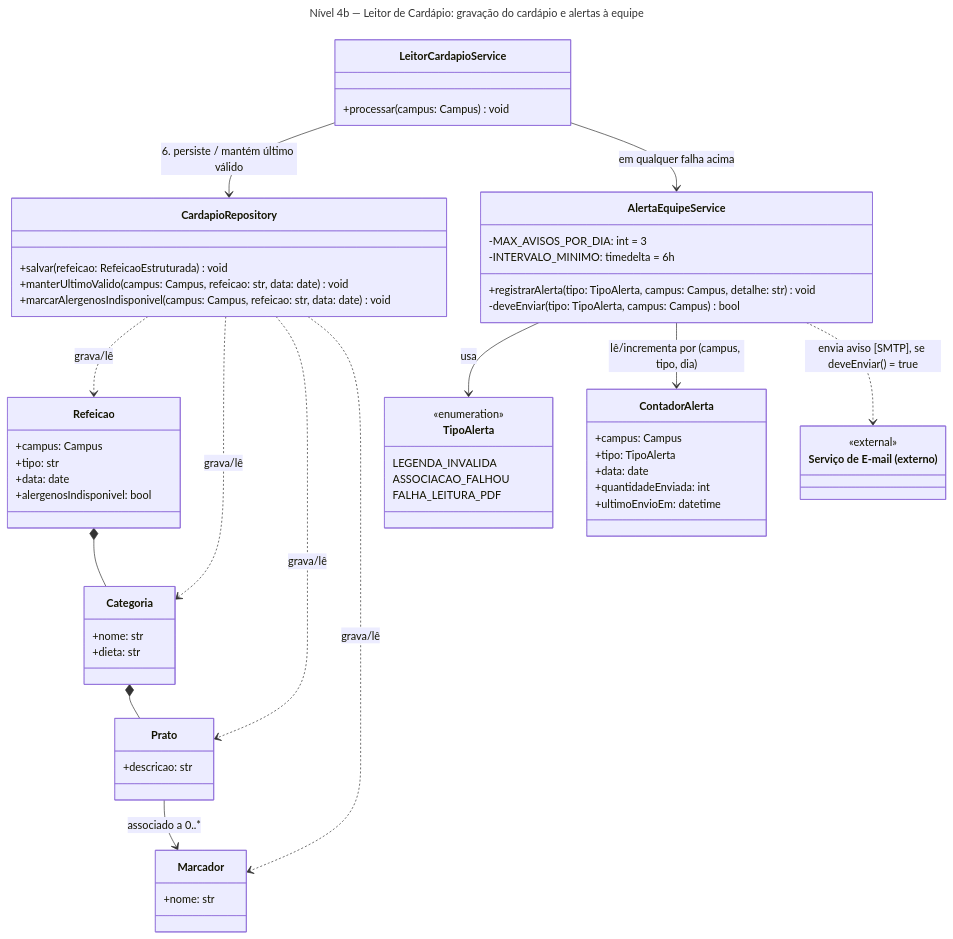
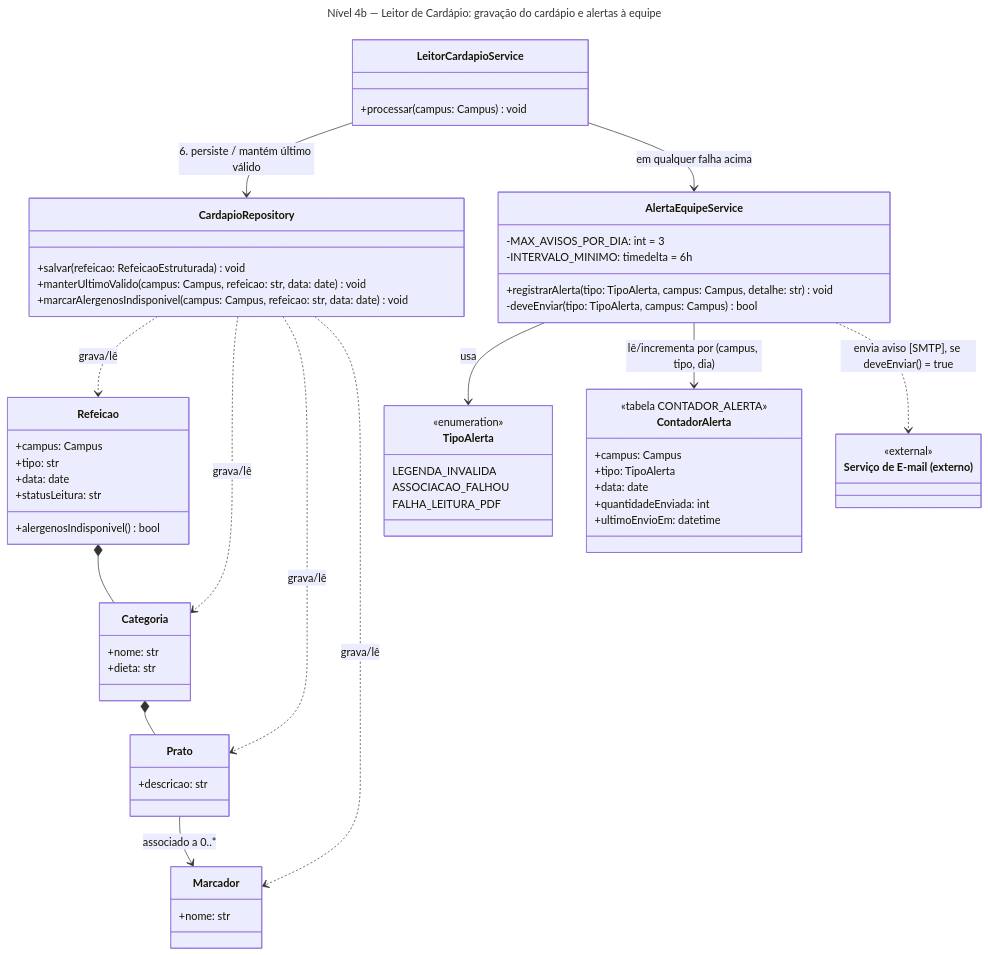
The second of 2 diagrams in docs/arquitetura/backend/c4-nivel-4-leitor-cardapio.md (unb-mds/2026-2-Bandejao-UnB), drawn with Mermaid before and after one commit. The commit also changed other lines of this file and 8 other files, not shown here.

````diff
--- a/docs/arquitetura/backend/c4-nivel-4-leitor-cardapio.md
+++ b/docs/arquitetura/backend/c4-nivel-4-leitor-cardapio.md
@@ -132,65 +132,67 @@
 ```mermaid
 ---
 title: "Nível 4b — Leitor de Cardápio: gravação do cardápio e alertas à equipe"
 ---
 classDiagram
   class LeitorCardapioService {
     +processar(campus: Campus) void
   }
   class CardapioRepository {
     +salvar(refeicao: RefeicaoEstruturada) void
     +manterUltimoValido(campus: Campus, refeicao: str, data: date) void
     +marcarAlergenosIndisponivel(campus: Campus, refeicao: str, data: date) void
   }
   class Refeicao {
     +campus: Campus
     +tipo: str
     +data: date
-    +alergenosIndisponivel: bool
+    +statusLeitura: str
+    +alergenosIndisponivel() bool
   }
   class Categoria {
     +nome: str
     +dieta: str
   }
   class Prato {
     +descricao: str
   }
   class Marcador {
     +nome: str
   }
   class AlertaEquipeService {
     +registrarAlerta(tipo: TipoAlerta, campus: Campus, detalhe: str) void
     -deveEnviar(tipo: TipoAlerta, campus: Campus) bool
     -MAX_AVISOS_POR_DIA: int = 3
     -INTERVALO_MINIMO: timedelta = 6h
   }
   class TipoAlerta {
     <<enumeration>>
     LEGENDA_INVALIDA
     ASSOCIACAO_FALHOU
     FALHA_LEITURA_PDF
   }
   class ContadorAlerta {
+    <<tabela CONTADOR_ALERTA>>
     +campus: Campus
     +tipo: TipoAlerta
     +data: date
     +quantidadeEnviada: int
     +ultimoEnvioEm: datetime
   }
   class EmailSvc["Serviço de E-mail (externo)"] {
     <<external>>
   }
 
   LeitorCardapioService --> CardapioRepository : 6. persiste / mantém último válido
   LeitorCardapioService --> AlertaEquipeService : em qualquer falha acima
   AlertaEquipeService --> TipoAlerta : usa
   AlertaEquipeService --> ContadorAlerta : lê/incrementa por (campus, tipo, dia)
   AlertaEquipeService ..> EmailSvc : envia aviso [SMTP], se deveEnviar() = true
   CardapioRepository ..> Refeicao : grava/lê
   CardapioRepository ..> Categoria : grava/lê
   CardapioRepository ..> Prato : grava/lê
   CardapioRepository ..> Marcador : grava/lê
   Refeicao *-- Categoria
   Categoria *-- Prato
   Prato --> Marcador : associado a 0..*
 ```
````
